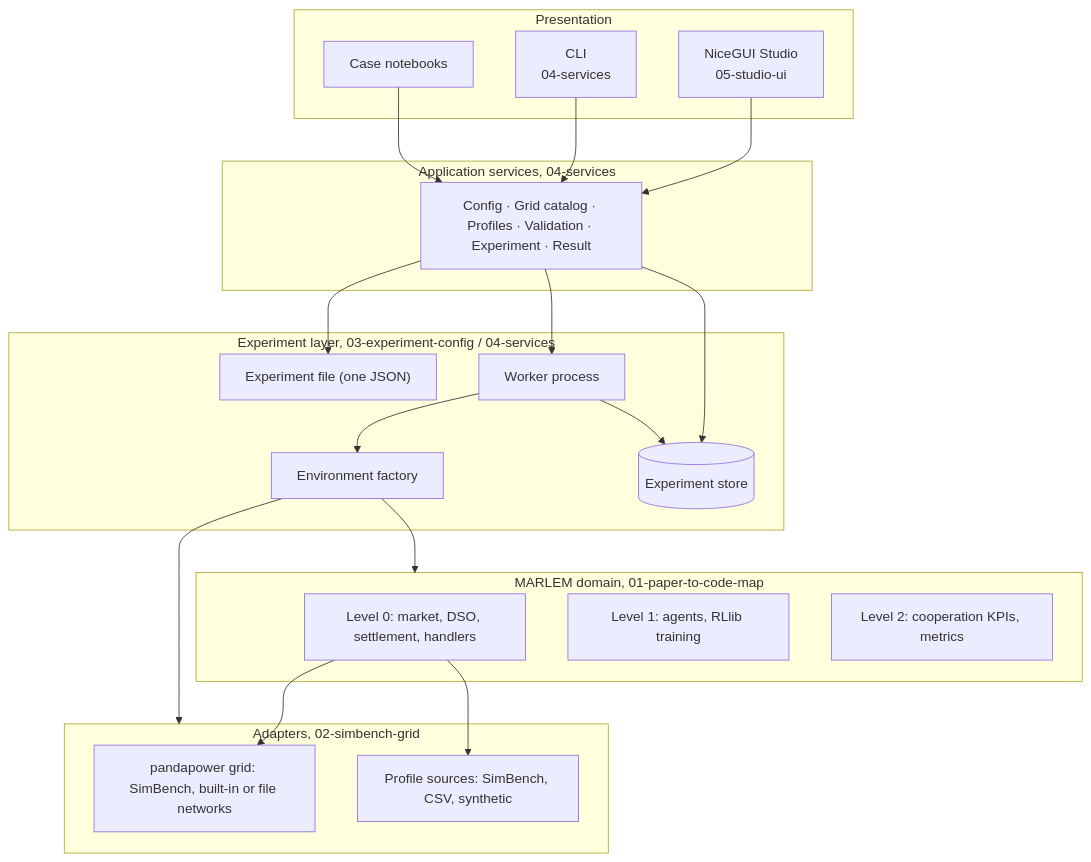
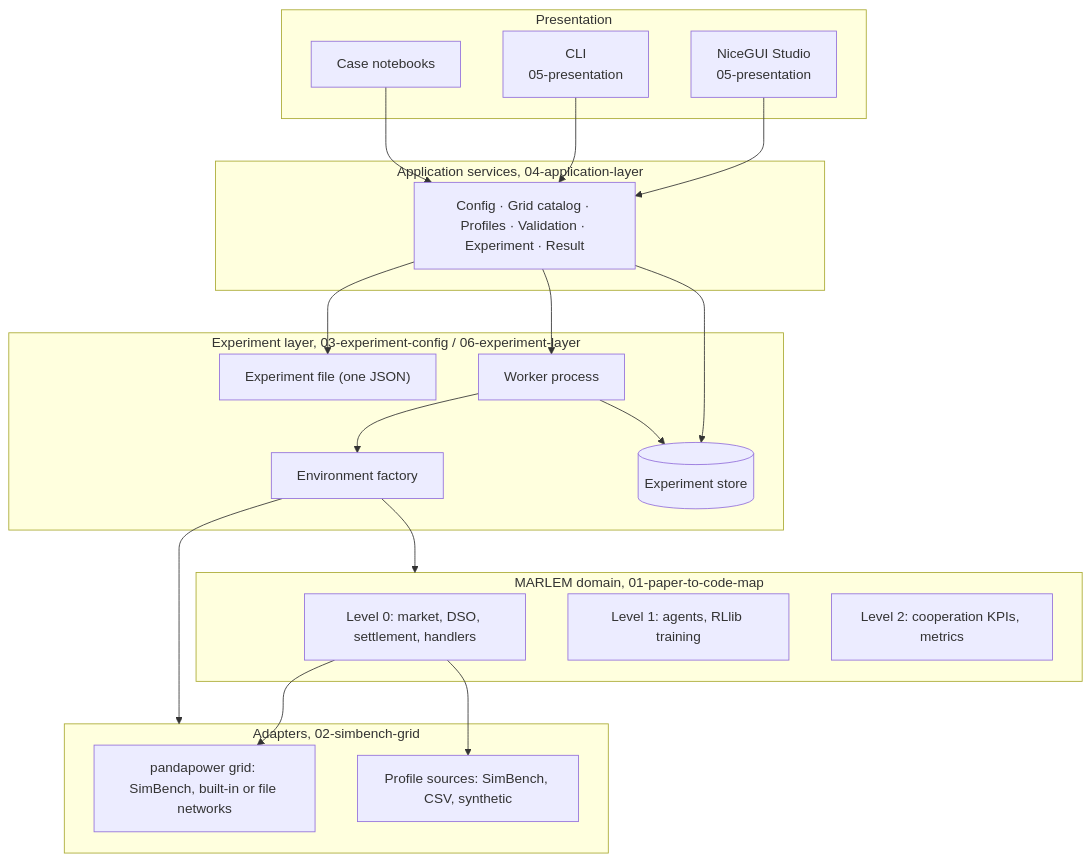
One commit to KevinRapo/P2P-thesis changed the first of 2 diagrams in docs/thesis/architecture/README.md. Above: the diagram before and after it, drawn with Mermaid. The commit also changed other lines of this file and 9 other files, not shown here.

First line of the commit message:
docs(architecture): one document per layer (04 application, 05 presentation)

````diff
--- a/docs/thesis/architecture/README.md
+++ b/docs/thesis/architecture/README.md
@@ -19,38 +19,38 @@
 ```mermaid
 flowchart TB
   subgraph Presentation
-    Studio["NiceGUI Studio<br/>05-studio-ui"]
-    CLI["CLI<br/>04-services"]
+    Studio["NiceGUI Studio<br/>05-presentation"]
+    CLI["CLI<br/>05-presentation"]
     NB["Case notebooks"]
   end
-  subgraph Application["Application services, 04-services"]
+  subgraph Application["Application services, 04-application-layer"]
     SVC["Config · Grid catalog · Profiles · Validation · Experiment · Result"]
   end
-  subgraph Experiments["Experiment layer, 03-experiment-config / 04-services"]
+  subgraph Experiments["Experiment layer, 03-experiment-config / 06-experiment-layer"]
     SPEC["Experiment file (one JSON)"]
     FACT["Environment factory"]
     WORK["Worker process"]
     STORE[("Experiment store")]
   end
   subgraph MARLEM["MARLEM domain, 01-paper-to-code-map"]
     L0["Level 0: market, DSO, settlement, handlers"]
     L1["Level 1: agents, RLlib training"]
     L2["Level 2: cooperation KPIs, metrics"]
   end
   subgraph Adapters["Adapters, 02-simbench-grid"]
     GRID["pandapower grid: SimBench, built-in or file networks"]
     PROF["Profile sources: SimBench, CSV, synthetic"]
   end
   Studio --> SVC
   CLI --> SVC
   NB --> SVC
   SVC --> SPEC
   SVC --> STORE
   SVC --> WORK
   WORK --> FACT
   FACT --> MARLEM
   FACT --> Adapters
   L0 --> GRID
   L0 --> PROF
   WORK --> STORE
 ```
````
